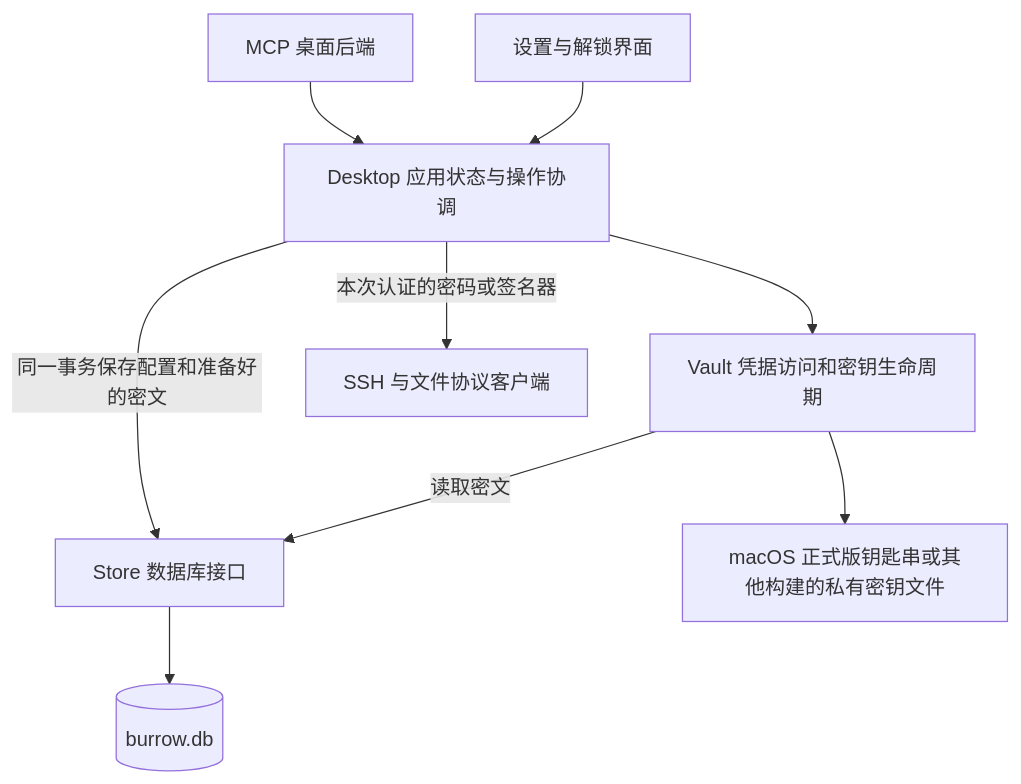
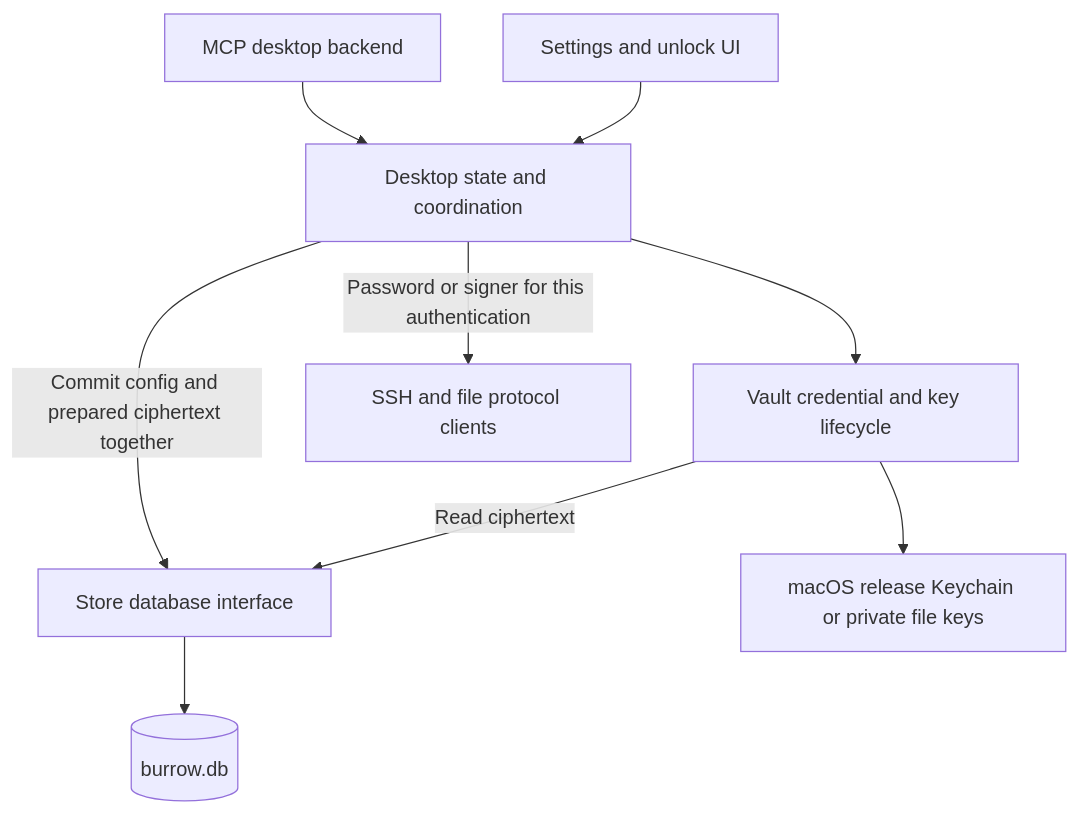
One commit to zeroy1024/Burrow changed the second of 2 diagrams in docs/credential-vault-plan.md. Above: the diagram before and after it, drawn with Mermaid. The commit also changed other lines of this file and 55 other files, not shown here.

```diff
--- a/docs/credential-vault-plan.md
+++ b/docs/credential-vault-plan.md
@@ -143,11 +149,11 @@
 ~~~mermaid
 flowchart TD
-    UI[设置与解锁界面] --> APP[Desktop 应用状态与操作协调]
-    MCP[MCP 桌面后端] --> APP
-    APP --> V[Vault 凭据访问和密钥生命周期]
-    V -->|读取密文| S[Store 数据库接口]
-    APP -->|同一事务保存配置和准备好的密文| S
+    UI[Settings and unlock UI] --> APP[Desktop state and coordination]
+    MCP[MCP desktop backend] --> APP
+    APP --> V[Vault credential and key lifecycle]
+    V -->|Read ciphertext| S[Store database interface]
+    APP -->|Commit config and prepared ciphertext together| S
     S --> DB[(burrow.db)]
-    V --> L[macOS 正式版钥匙串或其他构建的私有密钥文件]
-    APP -->|本次认证的密码或签名器| CLIENT[SSH 与文件协议客户端]
+    V --> L[macOS release Keychain or private file keys]
+    APP -->|Password or signer for this authentication| CLIENT[SSH and file protocol clients]
 ~~~
```
